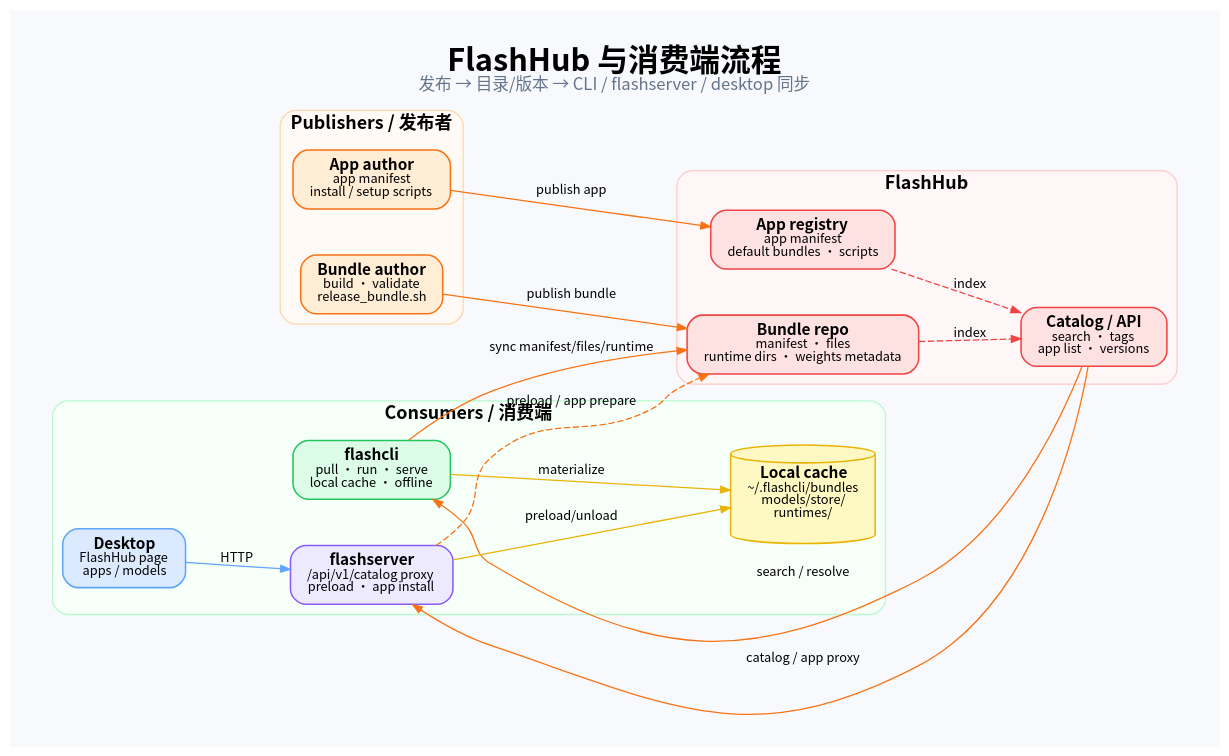
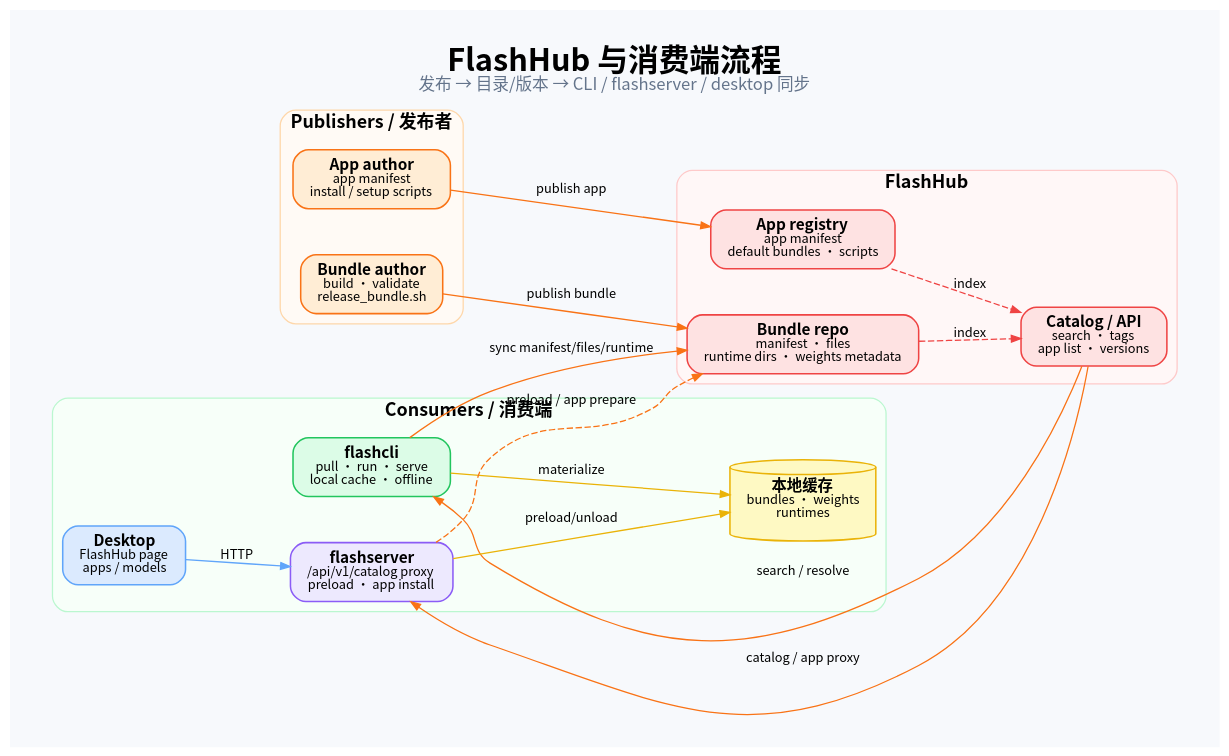
One commit to aodianyun/flashcli changed the diagram in docs/images/flashhub-flow.zh-CN.dot. Above: the diagram before and after it, drawn with Graphviz. The commit also changed 29 other files, not shown here.

First line of the commit message:
docs(architecture): generalize platform and endpoint details

```diff
--- a/docs/images/flashhub-flow.zh-CN.dot
+++ b/docs/images/flashhub-flow.zh-CN.dot
@@ -1,41 +1,41 @@
 digraph FlashHubFlow {
   graph [rankdir=LR, bgcolor="#f7f9fc", pad=0.35, nodesep=0.5, ranksep=0.75,
          fontname="Noto Sans CJK SC", fontsize=24, labelloc="t",
          label=<<B>FlashHub 与消费端流程</B><BR/><FONT POINT-SIZE="13" COLOR="#64748b">发布 → 目录/版本 → CLI / flashserver / desktop 同步</FONT>>];
   node [shape=box, style="rounded,filled", fontname="Noto Sans CJK SC",
         fontsize=12, margin="0.18,0.10", penwidth=1.2, color="#94a3b8"];
   edge [fontname="Noto Sans CJK SC", fontsize=10, color="#64748b", arrowsize=0.75];
 
   subgraph cluster_pub {
     label=<<B>Publishers / 发布者</B>>; fontsize=14; color="#fed7aa"; style="rounded,filled"; fillcolor="#fffaf5";
     bauthor [fillcolor="#ffedd5", color="#f97316", label=<<B>Bundle author</B><BR/><FONT POINT-SIZE="10">build · validate<BR/>release_bundle.sh</FONT>>];
     aauthor [fillcolor="#ffedd5", color="#f97316", label=<<B>App author</B><BR/><FONT POINT-SIZE="10">app manifest<BR/>install / setup scripts</FONT>>];
   }
 
   subgraph cluster_hub {
     label=<<B>FlashHub</B>>; fontsize=14; color="#fecaca"; style="rounded,filled"; fillcolor="#fff7f7";
     api [fillcolor="#fee2e2", color="#ef4444", label=<<B>Catalog / API</B><BR/><FONT POINT-SIZE="10">search · tags<BR/>app list · versions</FONT>>];
     repo [fillcolor="#fee2e2", color="#ef4444", label=<<B>Bundle repo</B><BR/><FONT POINT-SIZE="10">manifest · files<BR/>runtime dirs · weights metadata</FONT>>];
     apps [fillcolor="#fee2e2", color="#ef4444", label=<<B>App registry</B><BR/><FONT POINT-SIZE="10">app manifest<BR/>default bundles · scripts</FONT>>];
   }
 
   subgraph cluster_use {
     label=<<B>Consumers / 消费端</B>>; fontsize=14; color="#bbf7d0"; style="rounded,filled"; fillcolor="#f7fff9";
     cli [fillcolor="#dcfce7", color="#22c55e", label=<<B>flashcli</B><BR/><FONT POINT-SIZE="10">pull · run · serve<BR/>local cache · offline</FONT>>];
     srv [fillcolor="#ede9fe", color="#8b5cf6", label=<<B>flashserver</B><BR/><FONT POINT-SIZE="10">/api/v1/catalog proxy<BR/>preload · app install</FONT>>];
     desktop [fillcolor="#dbeafe", color="#60a5fa", label=<<B>Desktop</B><BR/><FONT POINT-SIZE="10">FlashHub page<BR/>apps / models</FONT>>];
-    cache [shape=cylinder, fillcolor="#fef9c3", color="#eab308", label=<<B>Local cache</B><BR/><FONT POINT-SIZE="10">~/.flashcli/bundles<BR/>models/store/<BR/>runtimes/</FONT>>];
+    cache [shape=cylinder, fillcolor="#fef9c3", color="#eab308", label=<<B>本地缓存</B><BR/><FONT POINT-SIZE="10">bundles · weights<BR/>runtimes</FONT>>];
   }
 
   bauthor -> repo [label="publish bundle", color="#f97316"];
   aauthor -> apps [label="publish app", color="#f97316"];
   repo -> api [label="index", style=dashed, color="#ef4444"];
   apps -> api [label="index", style=dashed, color="#ef4444"];
   api -> cli [label="search / resolve", color="#f97316"];
   cli -> repo [label="sync manifest/files/runtime", color="#f97316"];
   api -> srv [label="catalog / app proxy", color="#f97316"];
   srv -> repo [label="preload / app prepare", style=dashed, color="#f97316"];
   desktop -> srv [label="HTTP", color="#60a5fa"];
   cli -> cache [label="materialize", color="#eab308"];
   srv -> cache [label="preload/unload", color="#eab308"];
 }
```
